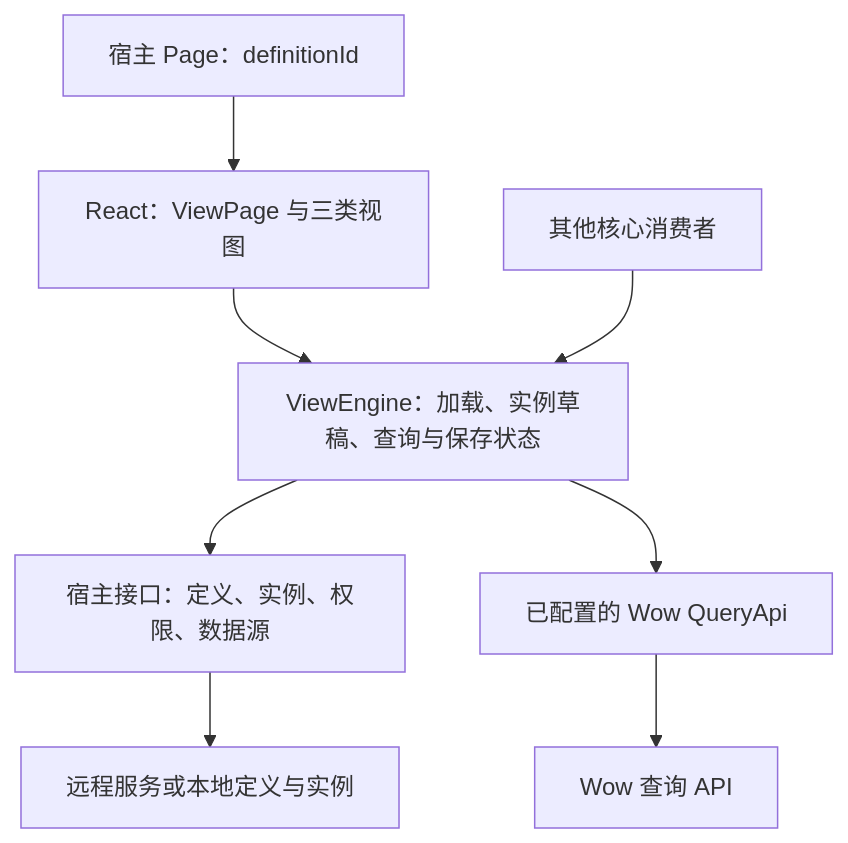
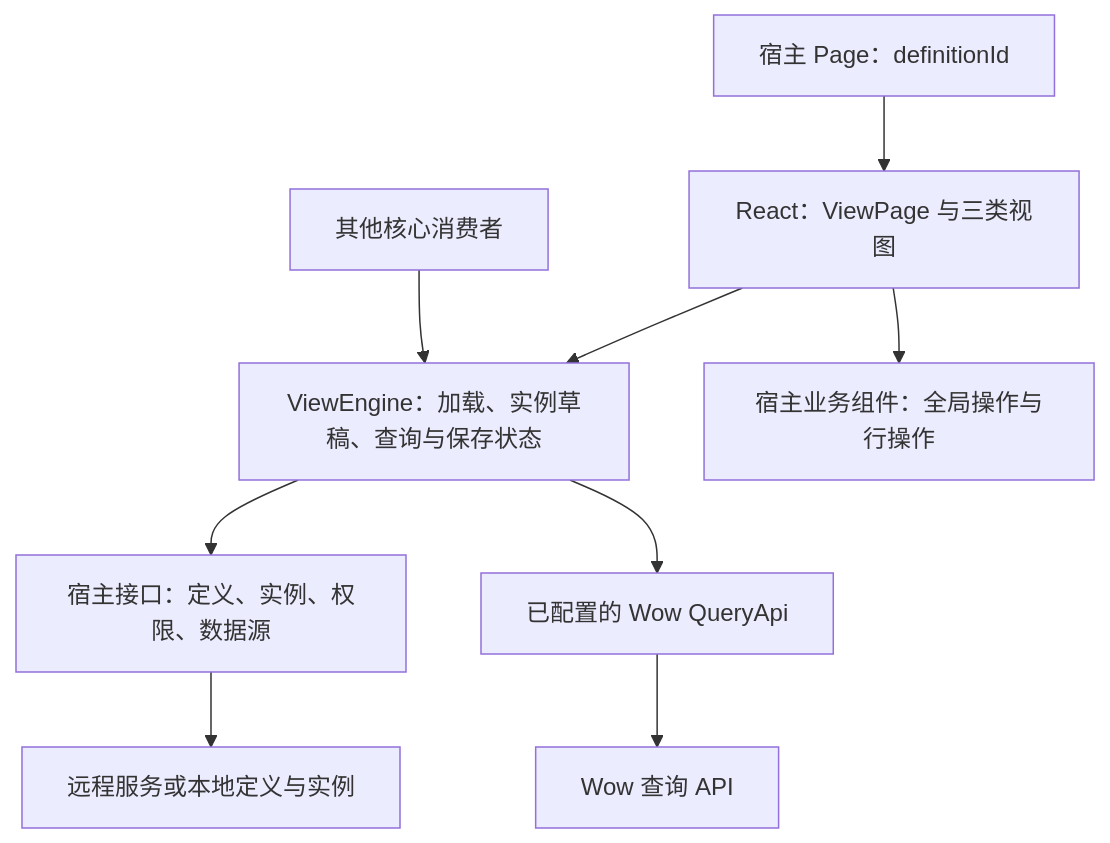
The first of 2 diagrams in docs/superpowers/specs/2026-09-05-wow-view-engine-design.md (Ahoo-Wang/fetcher), drawn with Mermaid before and after one commit. The commit also changed other lines of this file and 1 other file, not shown here.

Commit message:
docs(view-engine): define task-oriented business actions

````diff
--- a/docs/superpowers/specs/2026-09-05-wow-view-engine-design.md
+++ b/docs/superpowers/specs/2026-09-05-wow-view-engine-design.md
@@ -19,10 +23,11 @@
 ```mermaid
 flowchart TD
     Page["宿主 Page：definitionId"] --> React["React：ViewPage 与三类视图"]
     React --> Engine["ViewEngine：加载、实例草稿、查询与保存状态"]
     Engine --> Host["宿主接口：定义、实例、权限、数据源"]
     Host --> Definitions["远程服务或本地定义与实例"]
     Engine --> Query["已配置的 Wow QueryApi"]
     Query --> Wow["Wow 查询 API"]
+    React --> Actions["宿主业务组件：全局操作与行操作"]
     Consumer["其他核心消费者"] --> Engine
 ```
````
